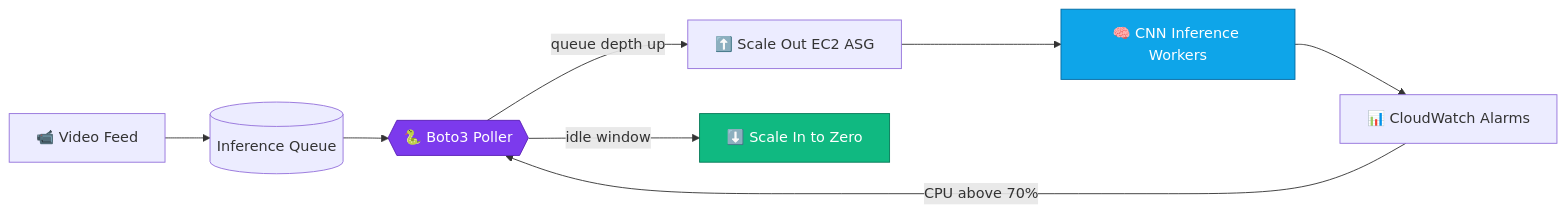
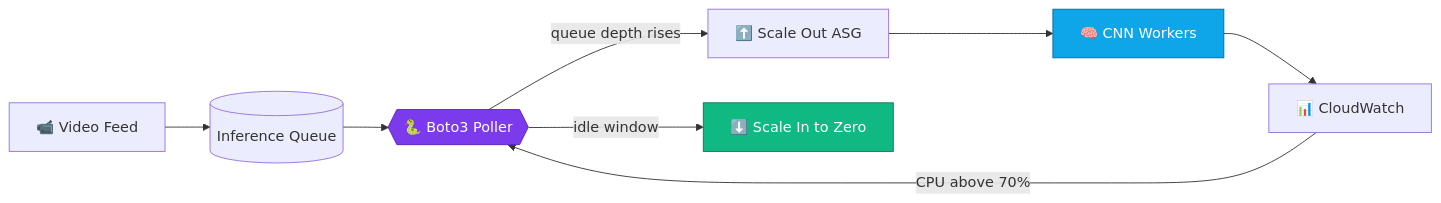
The second of 2 diagrams in README.md (palakpk954/palakpk954), drawn with Mermaid before and after one commit. The commit also changed other lines of this file, not shown here.

````diff
--- a/README.md
+++ b/README.md
@@ -176,13 +205,13 @@
 ```mermaid
 flowchart LR
     A[📹 Video Feed] --> B[(Inference Queue)]
     B --> C{{🐍 Boto3 Poller}}
-    C -->|queue depth up| D[⬆️ Scale Out EC2 ASG]
+    C -->|queue depth rises| D[⬆️ Scale Out ASG]
     C -->|idle window| E[⬇️ Scale In to Zero]
-    D --> F[🧠 CNN Inference Workers]
-    F --> G[📊 CloudWatch Alarms]
+    D --> F[🧠 CNN Workers]
+    F --> G[📊 CloudWatch]
     G -->|CPU above 70%| C
     style C fill:#7C3AED,color:#fff,stroke:#5B21B6
     style F fill:#0EA5E9,color:#fff,stroke:#0369A1
     style E fill:#10B981,color:#fff,stroke:#047857
 ```
````
